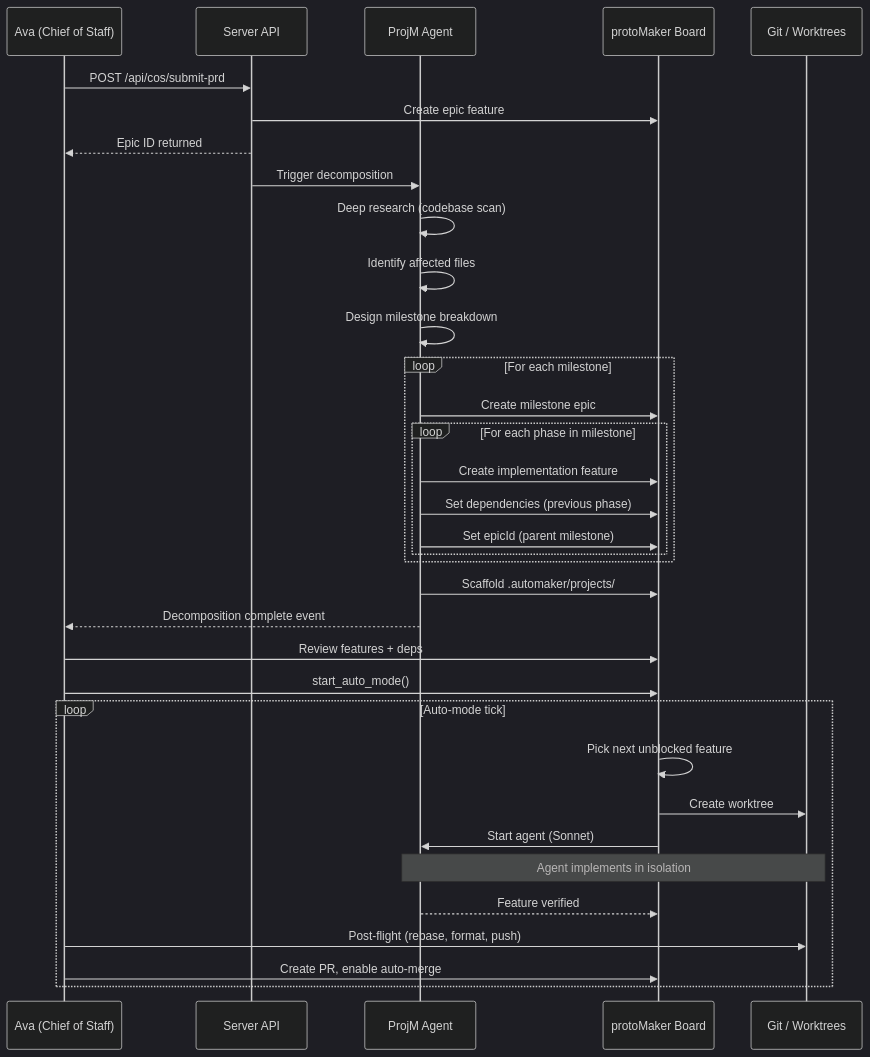
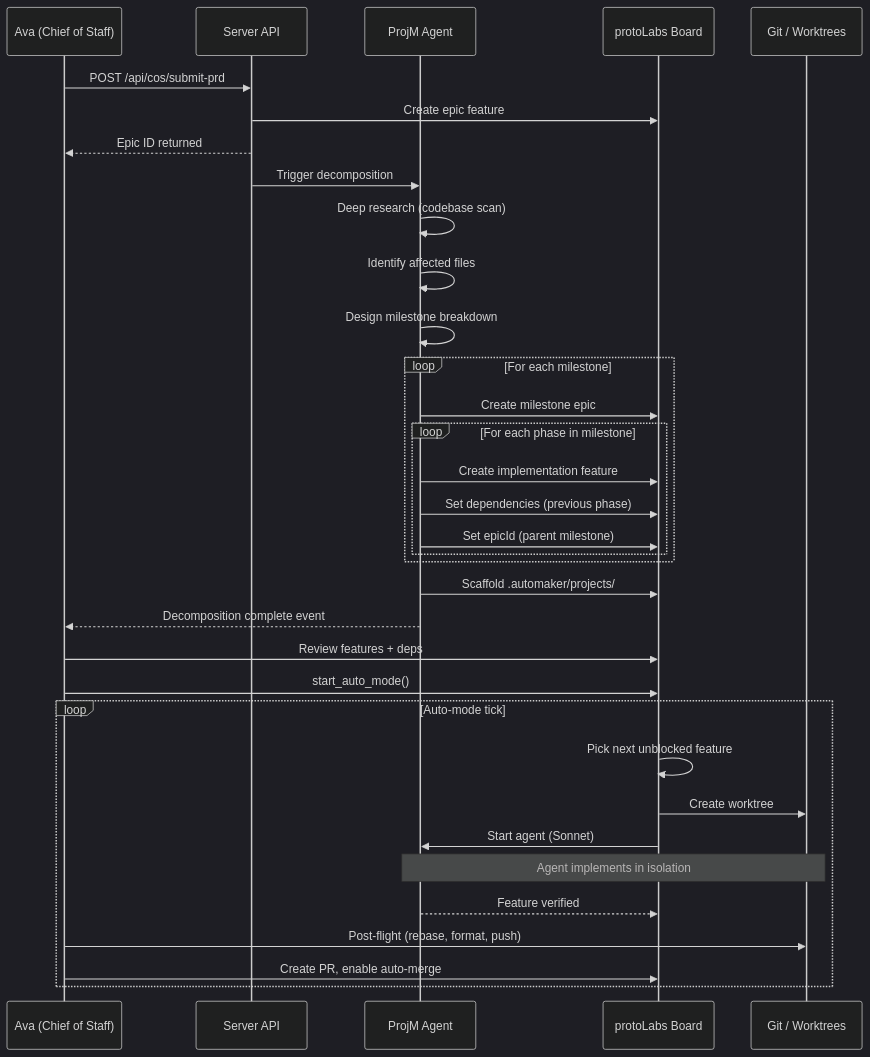
The second of 3 diagrams in docs/architecture/agent-flows.md (protoLabsAI/protoMaker), drawn with Mermaid (dark theme) before and after one commit. The commit also changed other lines of this file and 52 other files, not shown here.

First line of the commit message:
chore(docs): rename protoMaker → protoLabs across all docs

````diff
--- a/docs/architecture/agent-flows.md
+++ b/docs/architecture/agent-flows.md
@@ -128,42 +128,42 @@
 ```mermaid
 sequenceDiagram
     participant CoS as Ava (Chief of Staff)
     participant API as Server API
     participant ProjM as ProjM Agent
-    participant Board as protoMaker Board
+    participant Board as protoLabs Board
     participant Git as Git / Worktrees
 
     CoS->>API: POST /api/cos/submit-prd
     API->>Board: Create epic feature
     API-->>CoS: Epic ID returned
 
     API->>ProjM: Trigger decomposition
     ProjM->>ProjM: Deep research (codebase scan)
     ProjM->>ProjM: Identify affected files
     ProjM->>ProjM: Design milestone breakdown
 
     loop For each milestone
         ProjM->>Board: Create milestone epic
         loop For each phase in milestone
             ProjM->>Board: Create implementation feature
             ProjM->>Board: Set dependencies (previous phase)
             ProjM->>Board: Set epicId (parent milestone)
         end
     end
 
     ProjM->>Board: Scaffold .automaker/projects/
     ProjM-->>CoS: Decomposition complete event
 
     CoS->>Board: Review features + deps
     CoS->>Board: start_auto_mode()
 
     loop Auto-mode tick
         Board->>Board: Pick next unblocked feature
         Board->>Git: Create worktree
         Board->>ProjM: Start agent (Sonnet)
         Note over ProjM,Git: Agent implements in isolation
         ProjM-->>Board: Feature verified
         CoS->>Git: Post-flight (rebase, format, push)
         CoS->>Board: Create PR, enable auto-merge
     end
 ```
````
